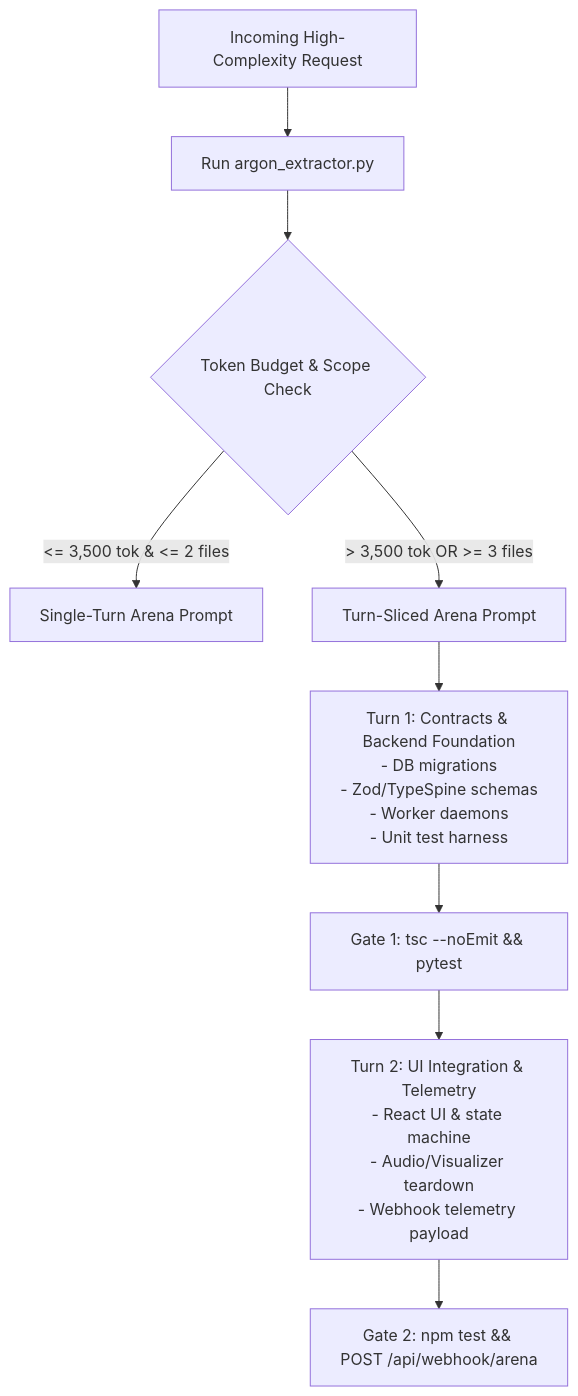
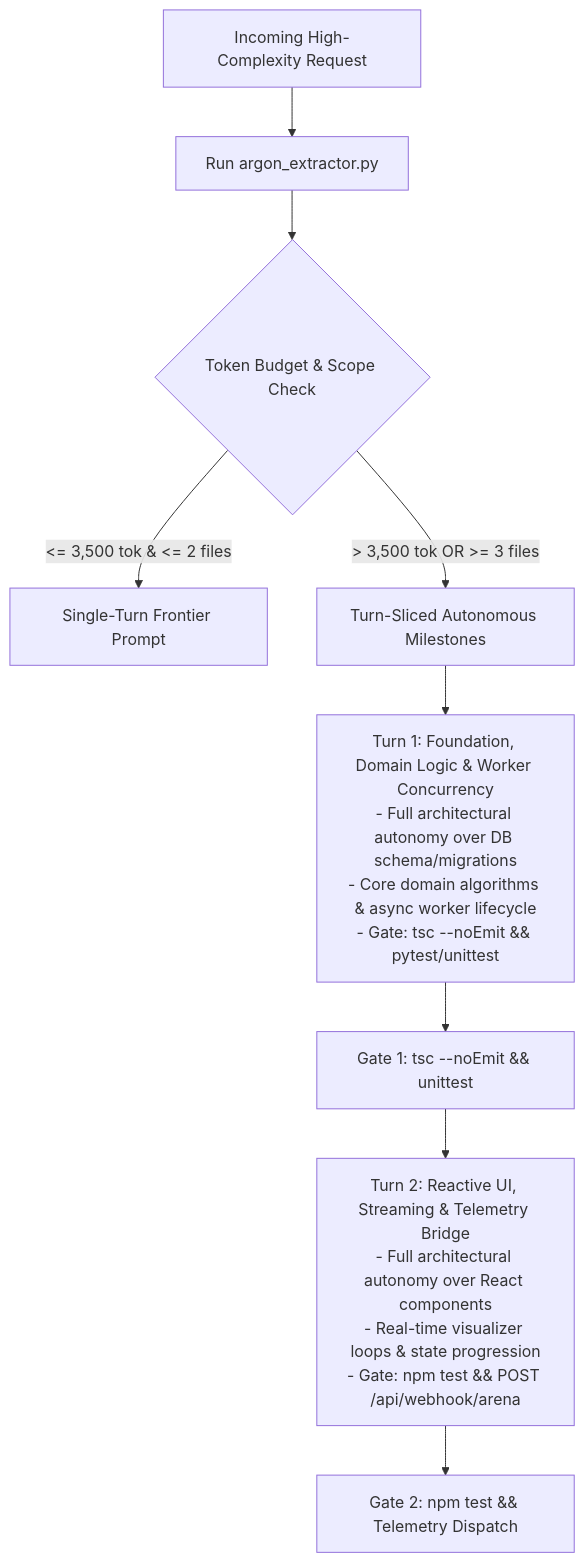
One commit to gagandeepsinghrajput575-cloud/nordic-omni changed the diagram in .agents/skills/argon-prompt/references/prompt_templates.md. Above: the diagram before and after it, drawn with Mermaid. The commit also changed other lines of this file and 4 other files, not shown here.

Commit message:
feat(skills): update argon-prompt with LMSYS Max Router Tier-1 protocol and architectural autonomy templates

````diff
--- a/.agents/skills/argon-prompt/references/prompt_templates.md
+++ b/.agents/skills/argon-prompt/references/prompt_templates.md
@@ -26,12 +63,12 @@
 ```mermaid
 flowchart TD
     Task[Incoming High-Complexity Request] --> Extractor[Run argon_extractor.py]
     Extractor --> Budget{Token Budget & Scope Check}
-    Budget -->|<= 3,500 tok & <= 2 files| Single[Single-Turn Arena Prompt]
-    Budget -->|> 3,500 tok OR >= 3 files| Sliced[Turn-Sliced Arena Prompt]
+    Budget -->|<= 3,500 tok & <= 2 files| Single[Single-Turn Frontier Prompt]
+    Budget -->|> 3,500 tok OR >= 3 files| Sliced[Turn-Sliced Autonomous Milestones]
     
-    Sliced --> Turn1[Turn 1: Contracts & Backend Foundation\n- DB migrations\n- Zod/TypeSpine schemas\n- Worker daemons\n- Unit test harness]
-    Turn1 --> Verify1[Gate 1: tsc --noEmit && pytest]
-    Verify1 --> Turn2[Turn 2: UI Integration & Telemetry\n- React UI & state machine\n- Audio/Visualizer teardown\n- Webhook telemetry payload]
-    Turn2 --> Verify2[Gate 2: npm test && POST /api/webhook/arena]
+    Sliced --> Turn1[Turn 1: Foundation, Domain Logic & Worker Concurrency\n- Full architectural autonomy over DB schema/migrations\n- Core domain algorithms & async worker lifecycle\n- Gate: tsc --noEmit && pytest/unittest]
+    Turn1 --> Verify1[Gate 1: tsc --noEmit && unittest]
+    Verify1 --> Turn2[Turn 2: Reactive UI, Streaming & Telemetry Bridge\n- Full architectural autonomy over React components\n- Real-time visualizer loops & state progression\n- Gate: npm test && POST /api/webhook/arena]
+    Turn2 --> Verify2[Gate 2: npm test && Telemetry Dispatch]
 ```
````
